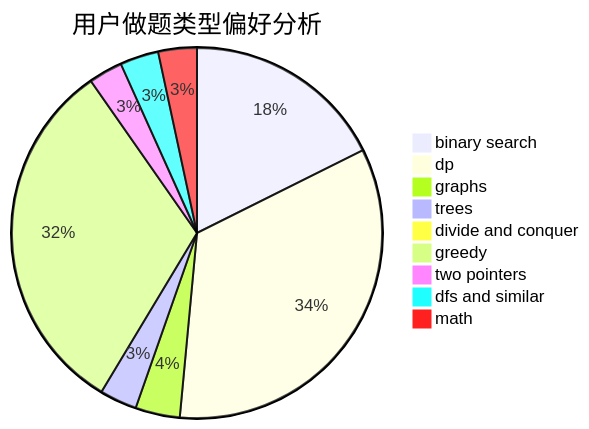
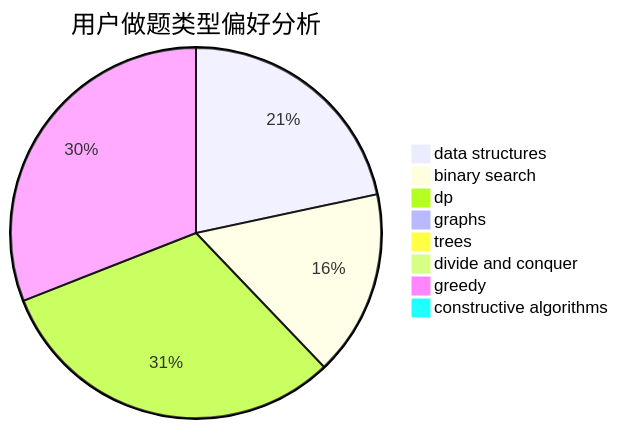
Before and after one commit to sherpahu/cfrs.github.io: the second of 3 diagrams in docs/user/u2517.md, drawn with Mermaid. The commit also changed other lines of this file and 2775 other files, not shown here.

````diff
--- a/docs/user/u2517.md
+++ b/docs/user/u2517.md
@@ -23,12 +23,11 @@
 ```mermaid
 pie title 用户做题类型偏好分析
-    "binary search" :  309
-    "dp" :  593
-    "graphs" :  68
-    "trees" :  57
+    "data structures" :  370
+    "binary search" :  277
+    "dp" :  533
+    "graphs" :  12
+    "trees" :  3
     "divide and conquer" :  0
-    "greedy" :  555
-    "two pointers" :  52
-    "dfs and similar" :  59
-    "math" :  59
+    "greedy" :  529
+    "constructive algorithms" :  13
 ```
````
